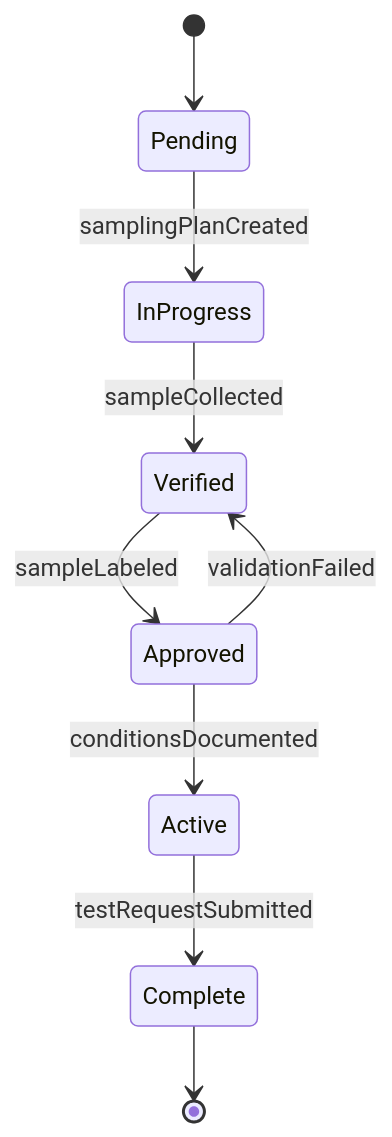
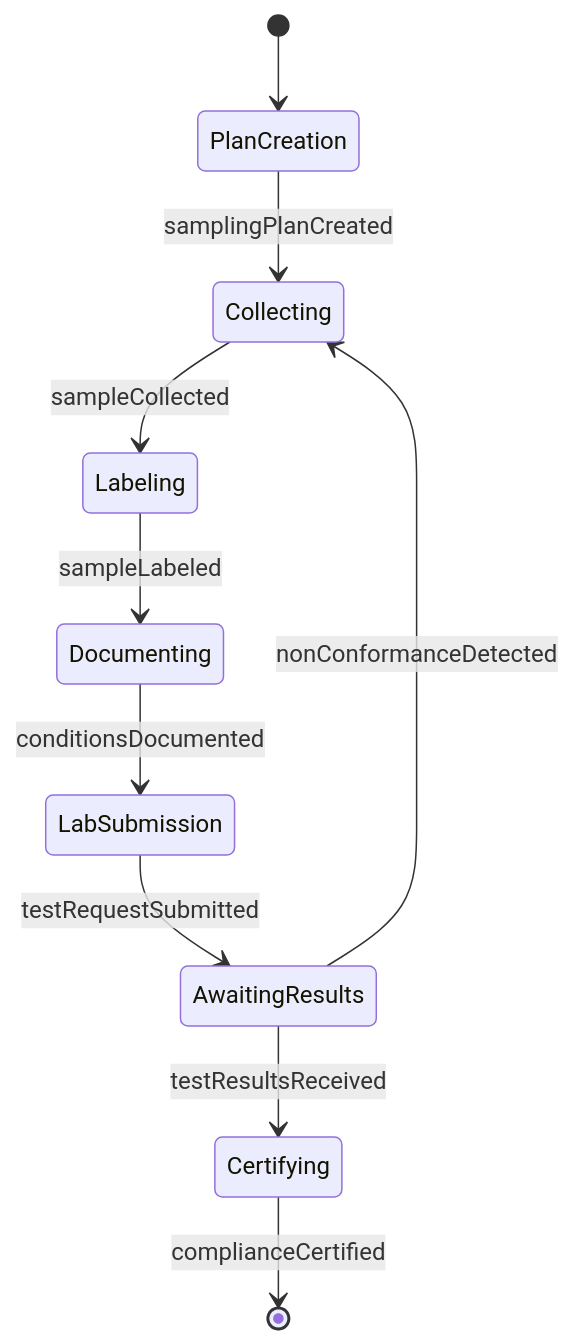
Before and after one commit to dot-org-ai/tasks.org.ai: the second of 4 diagrams in HandlingAndMovingObjects/CollectSamplesOfProductsOrMaterials/CollectSamplesAnalysisTesting.mdx, drawn with Mermaid. The commit also changed other lines of this file and 515 other files, not shown here.

````diff
--- a/HandlingAndMovingObjects/CollectSamplesOfProductsOrMaterials/CollectSamplesAnalysisTesting.mdx
+++ b/HandlingAndMovingObjects/CollectSamplesOfProductsOrMaterials/CollectSamplesAnalysisTesting.mdx
@@ -99,11 +100,12 @@
 ```mermaid
 stateDiagram-v2
-    [*] --> Pending
-    Pending --> InProgress : samplingPlanCreated
-    InProgress --> Verified : sampleCollected
-    Verified --> Approved : sampleLabeled
-    Approved --> Active : conditionsDocumented
-    Active --> Complete : testRequestSubmitted
-    Approved --> Verified : validationFailed
-    Complete --> [*]
+    [*] --> PlanCreation
+    PlanCreation --> Collecting : samplingPlanCreated
+    Collecting --> Labeling : sampleCollected
+    Labeling --> Documenting : sampleLabeled
+    Documenting --> LabSubmission : conditionsDocumented
+    LabSubmission --> AwaitingResults : testRequestSubmitted
+    AwaitingResults --> Certifying : testResultsReceived
+    Certifying --> [*] : complianceCertified
+    AwaitingResults --> Collecting : nonConformanceDetected
 ```
````
